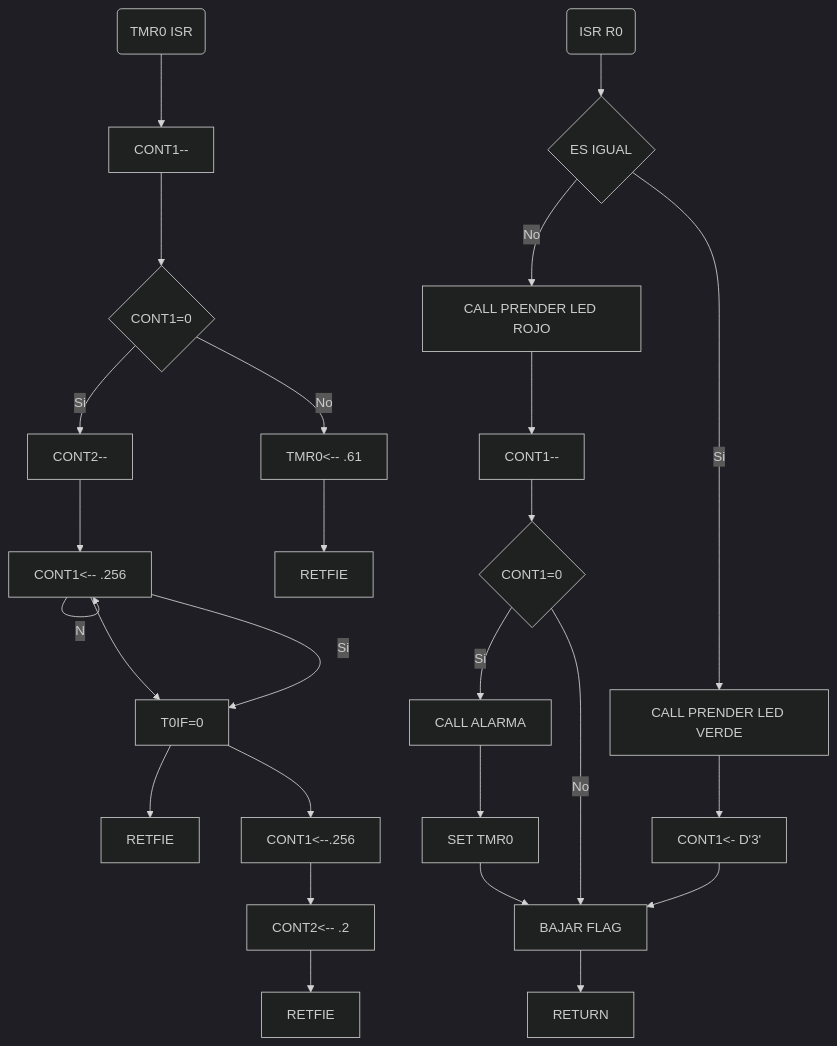
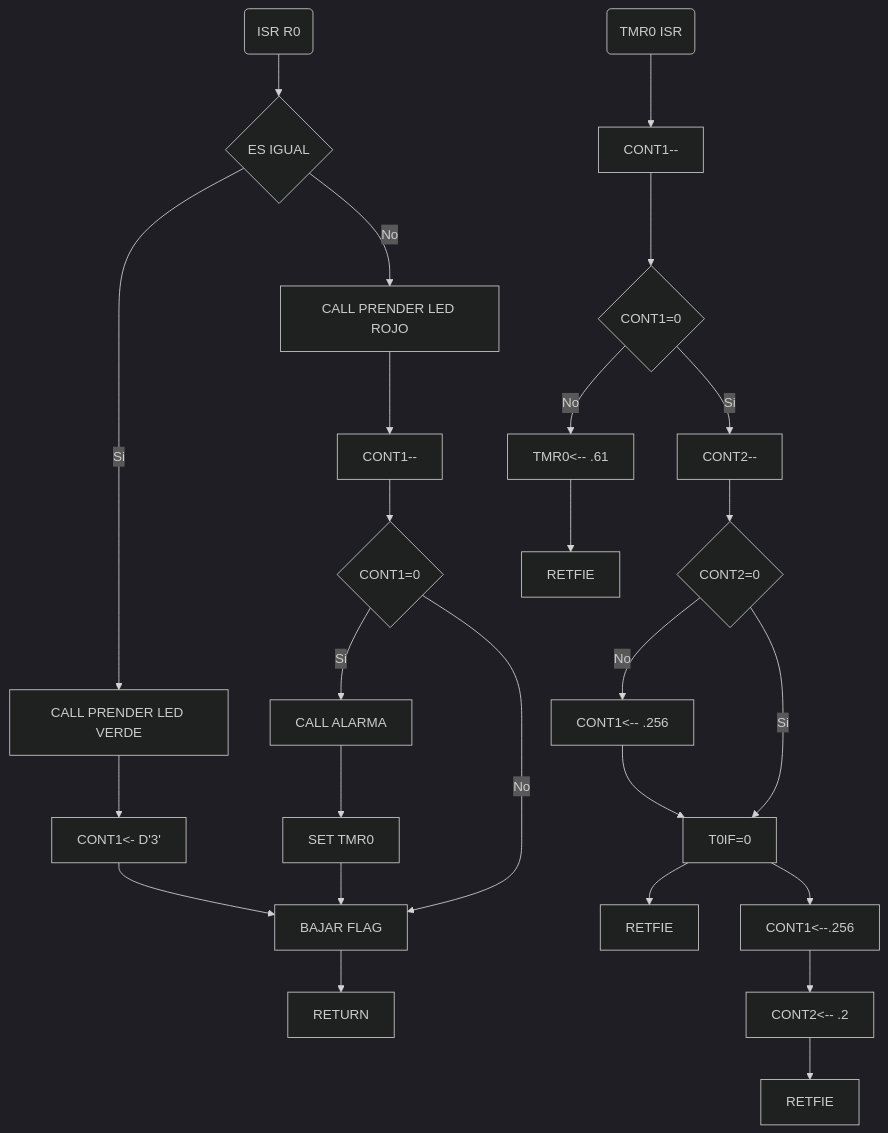
The second of 2 diagrams in README.md (w3rqil/electronicaDigital_II), drawn with Mermaid (dark theme) before and after one commit.

````diff
--- a/README.md
+++ b/README.md
@@ -25,25 +25,25 @@
   ```mermaid
   flowchart TD
  ISRR0(ISR R0)-->J[CALL COMPARAR]
     J{ES IGUAL}-->|Si|K[CALL PRENDER LED VERDE]
     K-->CONT1[CONT1<- D'3']
     J-->|No|ROJO[CALL PRENDER LED ROJO]
     ROJO-->L[CONT1--]
     L-->M{CONT1=0}
     M-->|Si|N[CALL ALARMA]-->R[SET TMR0]
     R-->S[BAJAR FLAG]
     M-->|No|S
     CONT1-->S
     S-->T[RETURN]
     
     A(TMR0 ISR) --> B[CONT1--]
     B-->C{CONT1=0}-->|No|D[TMR0<-- .61]-->ret[RETFIE]
     C-->|Si|E[CONT2--]
-    E-->F{CONT2=0}--No-->F[CONT1<-- .256]
-    F-->G[TMR0<-- .61]-->RETU[RETFIE]
+    E-->F{CONT2=0}-->|No|CI[CONT1<-- .256]
+    CI-->G[TMR0<-- .61]-->RETU[RETFIE]
     F-->|Si|G[T0IF=0]
     G-->H[CONT1<--.256]
     H-->I[CONT2<-- .2]
     I-->RETUR[RETFIE]
    
   ```
````
